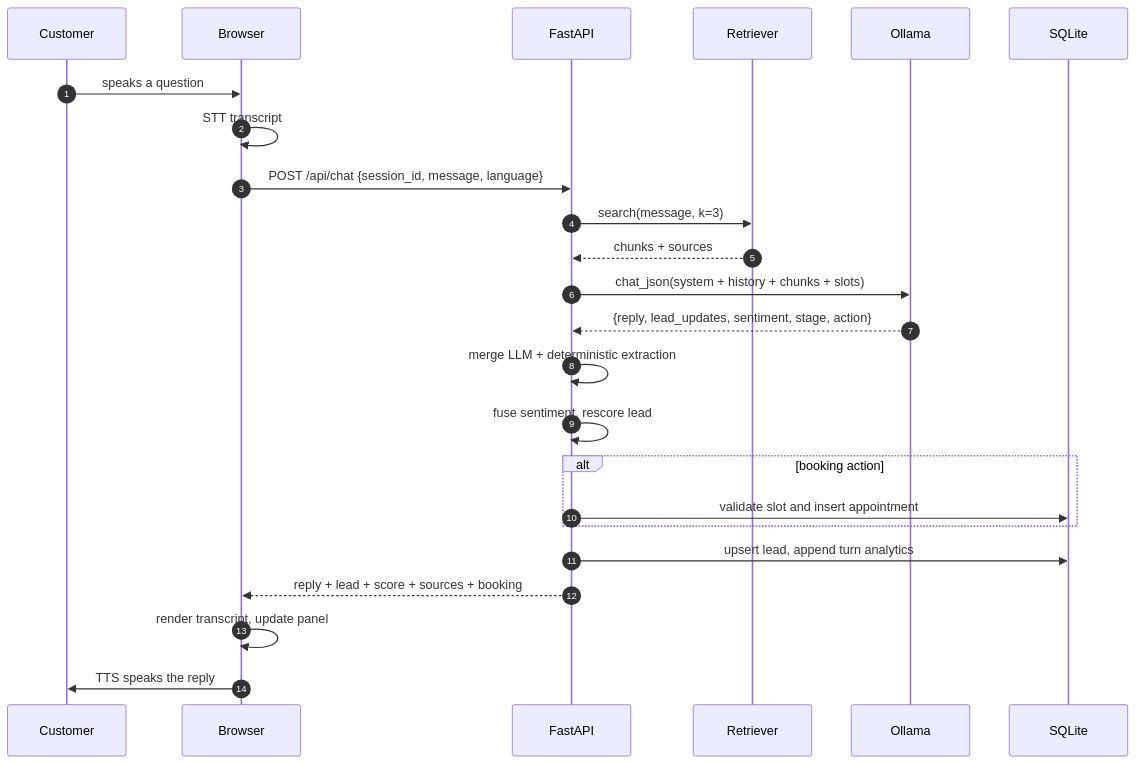
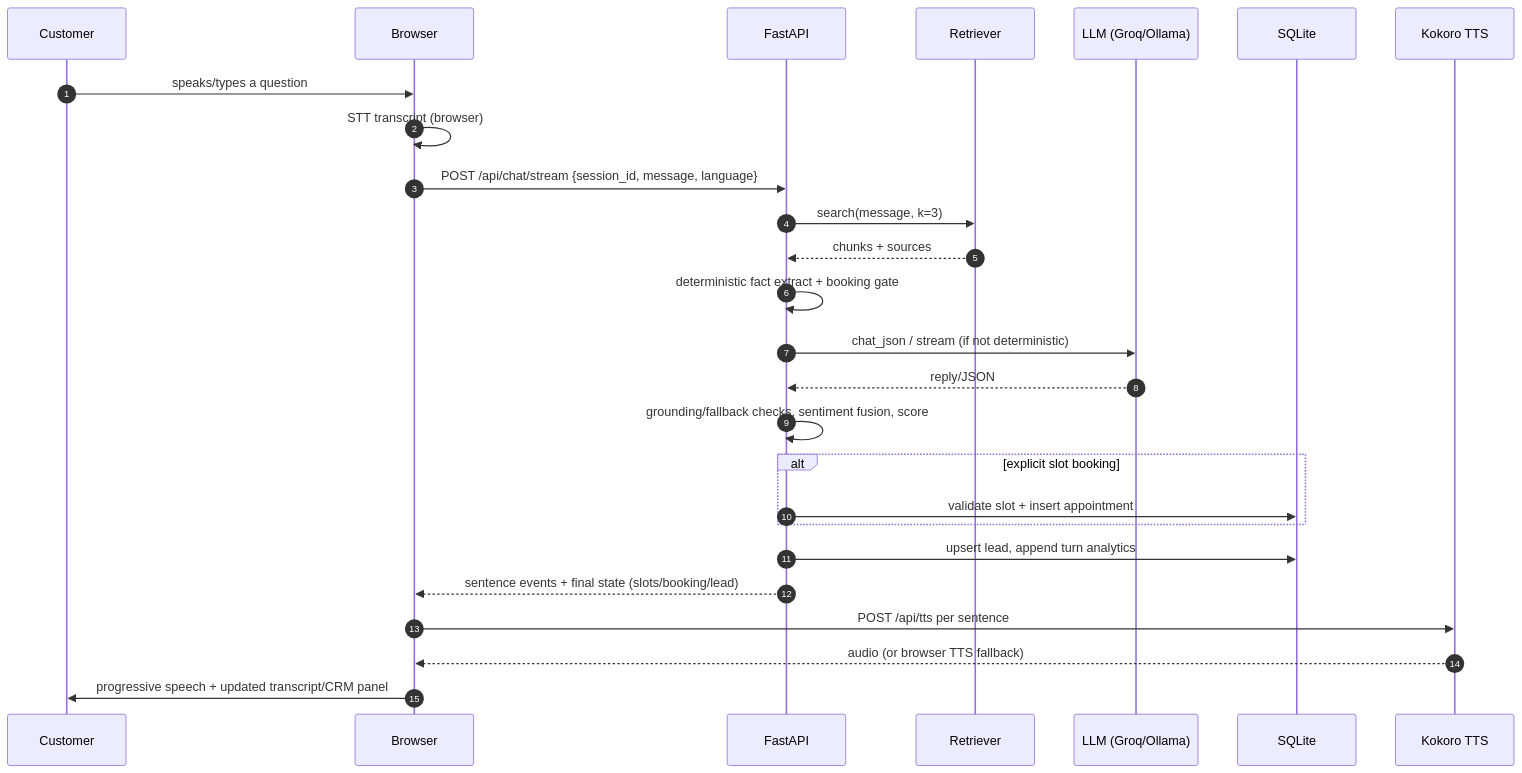
One commit to KoppisettiGnanaVishnu/Saathi-AI-SALES-VOICE-AGENT changed the second of 4 diagrams in docs/architecture.md. Above: the diagram before and after it, drawn with Mermaid. The commit also changed other lines of this file and 3 other files, not shown here.

First line of the commit message:
docs: refresh architecture, report, and demo guidance for current stack

````diff
--- a/docs/architecture.md
+++ b/docs/architecture.md
@@ -61,27 +65,29 @@
 ```mermaid
 sequenceDiagram
     autonumber
     participant U as Customer
     participant B as Browser
     participant A as FastAPI
     participant R as Retriever
-    participant L as Ollama
+    participant L as LLM (Groq/Ollama)
     participant D as SQLite
+    participant T as Kokoro TTS
 
-    U->>B: speaks a question
-    B->>B: STT transcript
-    B->>A: POST /api/chat {session_id, message, language}
+    U->>B: speaks/types a question
+    B->>B: STT transcript (browser)
+    B->>A: POST /api/chat/stream {session_id, message, language}
     A->>R: search(message, k=3)
     R-->>A: chunks + sources
-    A->>L: chat_json(system + history + chunks + slots)
-    L-->>A: {reply, lead_updates, sentiment, stage, action}
-    A->>A: merge LLM + deterministic extraction
-    A->>A: fuse sentiment, rescore lead
-    alt booking action
-        A->>D: validate slot and insert appointment
+    A->>A: deterministic fact extract + booking gate
+    A->>L: chat_json / stream (if not deterministic)
+    L-->>A: reply/JSON
+    A->>A: grounding/fallback checks, sentiment fusion, score
+    alt explicit slot booking
+        A->>D: validate slot + insert appointment
     end
     A->>D: upsert lead, append turn analytics
-    A-->>B: reply + lead + score + sources + booking
-    B->>B: render transcript, update panel
-    B->>U: TTS speaks the reply
+    A-->>B: sentence events + final state (slots/booking/lead)
+    B->>T: POST /api/tts per sentence
+    T-->>B: audio (or browser TTS fallback)
+    B->>U: progressive speech + updated transcript/CRM panel
 ```
````
